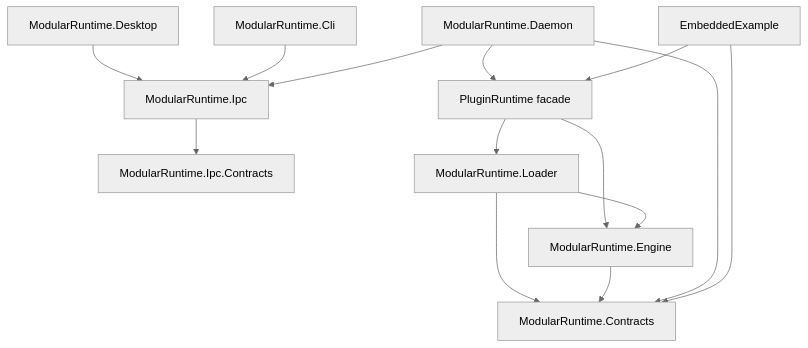
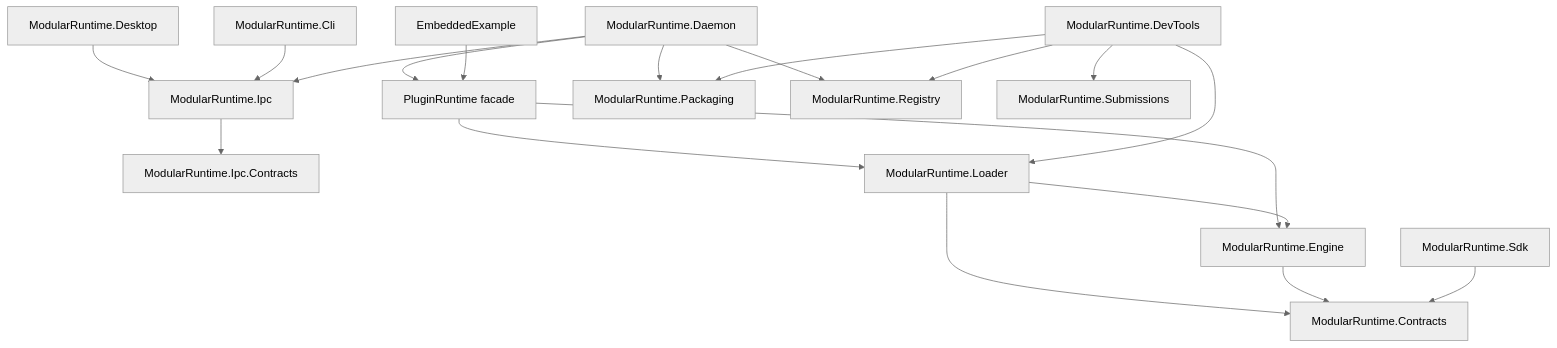
One commit to 5pedrowx1/ModularRuntime changed the diagram in docs/ARCHITECTURE.md. Above: the diagram before and after it, drawn with Mermaid (neutral theme). The commit also changed other lines of this file and 169 other files, not shown here.

Commit message:
feat: implement ModularRuntime 0.7 communication platform

````diff
--- a/docs/ARCHITECTURE.md
+++ b/docs/ARCHITECTURE.md
@@ -31,16 +29,21 @@
 ```mermaid
 graph TD
     Desktop[ModularRuntime.Desktop] --> Ipc[ModularRuntime.Ipc]
     Cli[ModularRuntime.Cli] --> Ipc
     Daemon[ModularRuntime.Daemon] --> Ipc
     Ipc --> IpcContracts[ModularRuntime.Ipc.Contracts]
     Daemon --> Runtime[PluginRuntime facade]
+    Daemon --> Packaging[ModularRuntime.Packaging]
+    Daemon --> Registry[ModularRuntime.Registry]
     Example[EmbeddedExample] --> Runtime
     Runtime --> Loader[ModularRuntime.Loader]
     Runtime --> Engine[ModularRuntime.Engine]
     Loader --> Engine
     Loader --> Contracts[ModularRuntime.Contracts]
     Engine --> Contracts
-    Daemon --> Contracts
-    Example --> Contracts
+    Sdk[ModularRuntime.Sdk] --> Contracts
+    DevTools[ModularRuntime.DevTools] --> Packaging
+    DevTools --> Loader
+    DevTools --> Registry
+    DevTools --> Submissions[ModularRuntime.Submissions]
 ```
````
